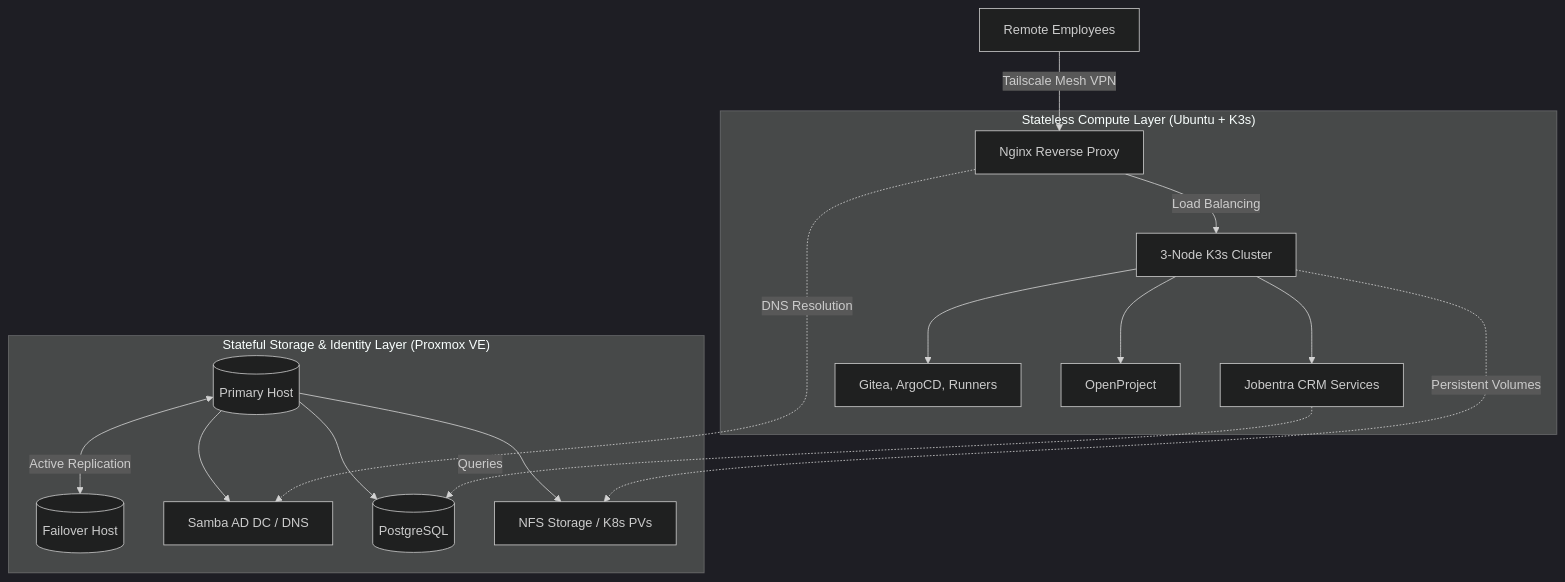
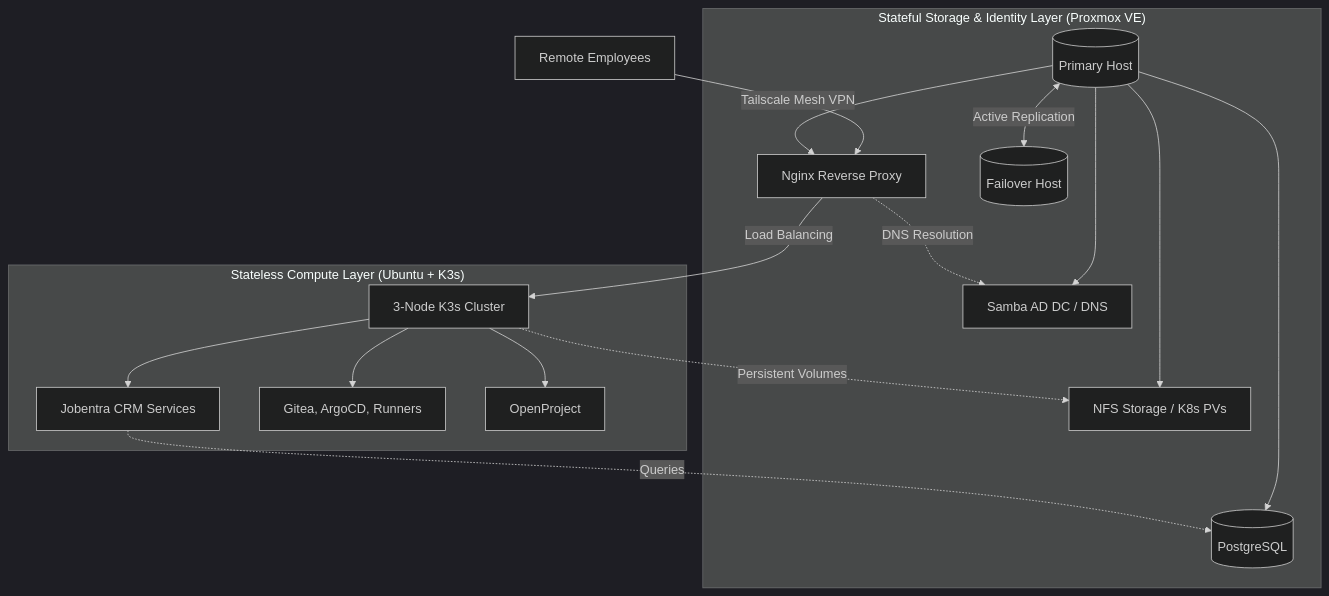
One commit to salihsayal/jobentra-infrastructure changed the diagram in README.md. Above: the diagram before and after it, drawn with Mermaid (dark theme).

````diff
--- a/README.md
+++ b/README.md
@@ -9,27 +9,36 @@
 ```mermaid
 graph TD
-    User[Remote Employees] -->|Tailscale Mesh VPN| Proxy[Nginx Reverse Proxy]
+    User[Remote Employees] -->|Tailscale Mesh VPN| Proxy
     
-    subgraph "Stateless Compute Layer (Ubuntu + K3s)"
-        Proxy -->|Load Balancing| K8s[3-Node K3s Cluster]
-        K8s --> CRM[Jobentra CRM Services]
-        K8s --> DevOps[Gitea, ArgoCD, Runners]
-        K8s --> Tools[OpenProject]
+    subgraph "Stateful Storage & Identity Layer (Proxmox VE)"
+        Proxy[Nginx Reverse Proxy]
+        AD[Samba AD DC / DNS]
+        DB[(PostgreSQL)]
+        NFS[NFS Storage / K8s PVs]
+        
+        Main[(Primary Host)] <-->|Active Replication| Fallback[(Failover Host)]
+        
+        Main --> Proxy
+        Main --> AD
+        Main --> DB
+        Main --> NFS
+        
+        Proxy -. DNS Resolution .-> AD
     end
 
-    subgraph "Stateful Storage & Identity Layer (Proxmox VE)"
-        Main[(Primary Host)]
-        Fallback[(Failover Host)]
+    subgraph "Stateless Compute Layer (Ubuntu + K3s)"
+        K8s[3-Node K3s Cluster]
+        CRM[Jobentra CRM Services]
+        DevOps[Gitea, ArgoCD, Runners]
+        Tools[OpenProject]
         
-        Main <-->|Active Replication| Fallback
-        
-        Main --> AD[Samba AD DC / DNS]
-        Main --> DB[(PostgreSQL)]
-        Main --> NFS[NFS Storage / K8s PVs]
+        K8s --> CRM
+        K8s --> DevOps
+        K8s --> Tools
     end
 
+    Proxy -->|Load Balancing| K8s
     K8s -. Persistent Volumes .-> NFS
     CRM -. Queries .-> DB
-    Proxy -. DNS Resolution .-> AD
 
 ```
````
